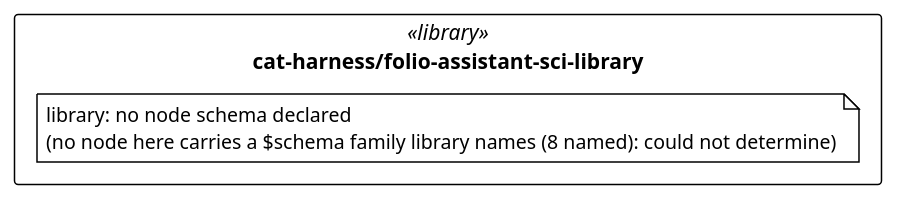
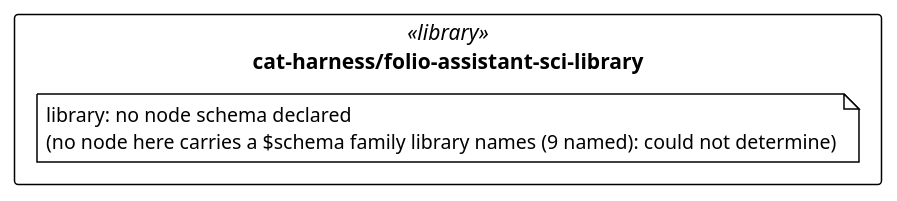
Before and after one commit to litlfred/folio-assistant: the diagram in cat-harness/uml/overview/cat-harness/folio-assistant-sci-library.puml, drawn with PlantUML. The commit also changed 44 other files, not shown here.

```diff
--- a/cat-harness/uml/overview/cat-harness/folio-assistant-sci-library.puml
+++ b/cat-harness/uml/overview/cat-harness/folio-assistant-sci-library.puml
@@ -3,13 +3,13 @@
 @startuml cat_harness_folio_assistant_sci_library
 !pragma layout elk
 !theme plain
 skinparam classAttributeIconSize 0
 skinparam shadowing false
 skinparam packageStyle rectangle
 hide empty methods
 
 package "cat-harness/folio-assistant-sci-library" as pkg_cat_harness_folio_assistant_sci_library <<library>> {
-  note "library: no node schema declared\n(no node here carries a $schema family library names (8 named): could not determine)" as n_cat_harness_folio_assistant_sci_library_library
+  note "library: no node schema declared\n(no node here carries a $schema family library names (9 named): could not determine)" as n_cat_harness_folio_assistant_sci_library_library
 }
 
 @enduml
```
